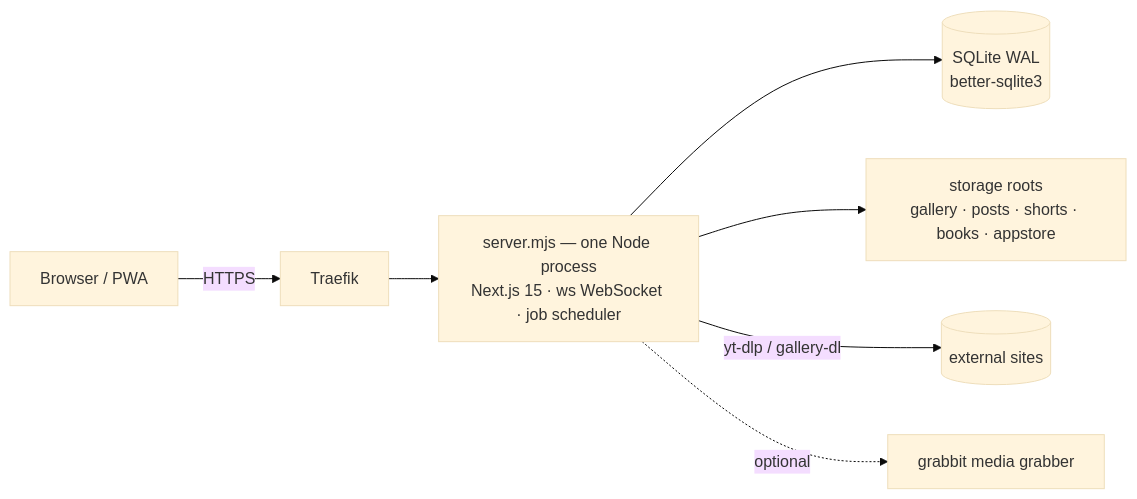
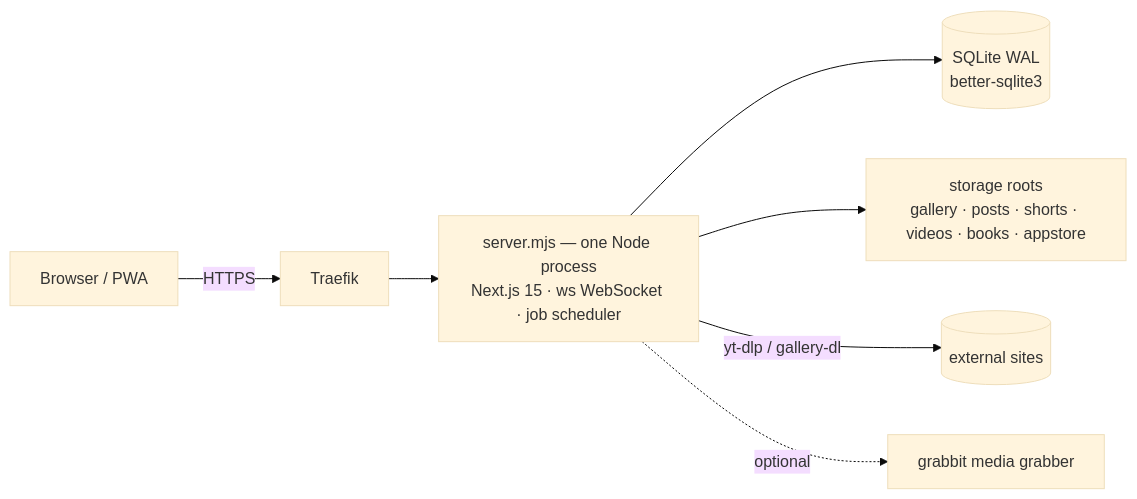
Before and after one commit to tjelite1986/elite-v2: the diagram in README.md, drawn with Mermaid (base theme). The commit also changed other lines of this file and 4 other files, not shown here.

````diff
--- a/README.md
+++ b/README.md
@@ -153,9 +182,9 @@
 ```mermaid
 flowchart LR
   B[Browser / PWA] -->|HTTPS| T[Traefik]
   T --> S["server.mjs — one Node process<br/>Next.js 15 · ws WebSocket · job scheduler"]
   S --> D[("SQLite WAL<br/>better-sqlite3")]
-  S --> F["storage roots<br/>gallery · posts · shorts · books · appstore"]
+  S --> F["storage roots<br/>gallery · posts · shorts · videos · books · appstore"]
   S -->|"yt-dlp / gallery-dl"| X[(external sites)]
   S -.->|optional| G[grabbit media grabber]
 ```
````
